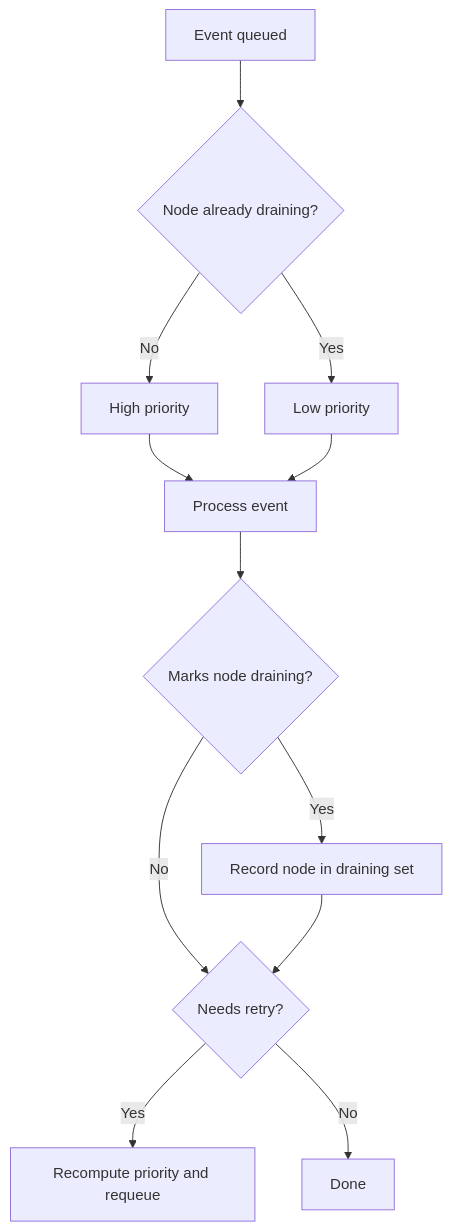
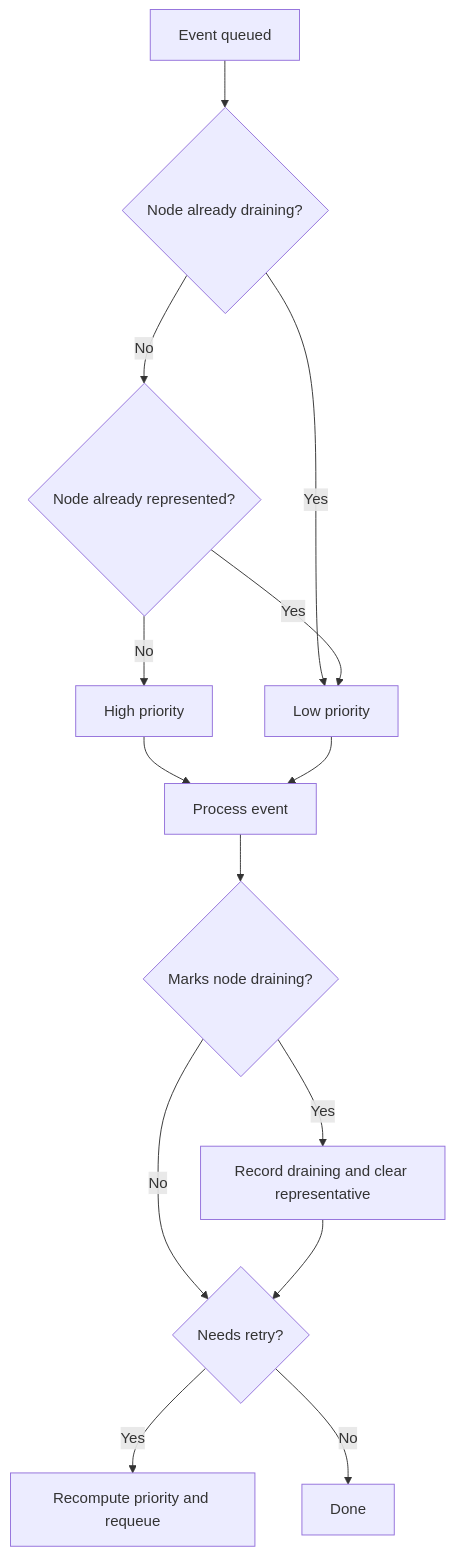
The diagram in docs/designs/040-node-drainer-priority-queue.md (XRFXLP/NVSentinel), drawn with Mermaid before and after one commit. The commit also changed other lines of this file, not shown here.

````diff
--- a/docs/designs/040-node-drainer-priority-queue.md
+++ b/docs/designs/040-node-drainer-priority-queue.md
@@ -66,14 +75,16 @@
 ```mermaid
 flowchart TD
     Event["Event queued"] --> IsDraining{"Node already draining?"}
-    IsDraining -->|No| HighPriority["High priority"]
     IsDraining -->|Yes| LowPriority["Low priority"]
+    IsDraining -->|No| HasRepresentative{"Node already represented?"}
+    HasRepresentative -->|No| HighPriority["High priority"]
+    HasRepresentative -->|Yes| LowPriority
     HighPriority --> Process["Process event"]
     LowPriority --> Process
     Process --> MarkDraining{"Marks node draining?"}
-    MarkDraining -->|Yes| Record["Record node in draining set"]
+    MarkDraining -->|Yes| Record["Record draining and clear representative"]
     MarkDraining -->|No| Retry{"Needs retry?"}
     Record --> Retry
     Retry -->|Yes| Requeue["Recompute priority and requeue"]
     Retry -->|No| Done["Done"]
 ```
````
